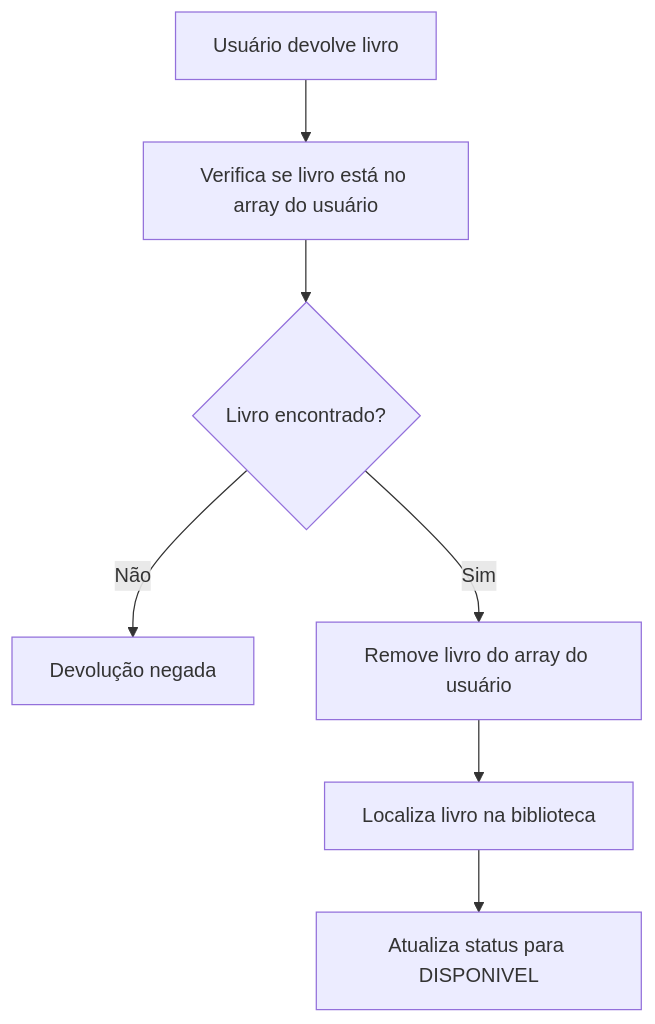
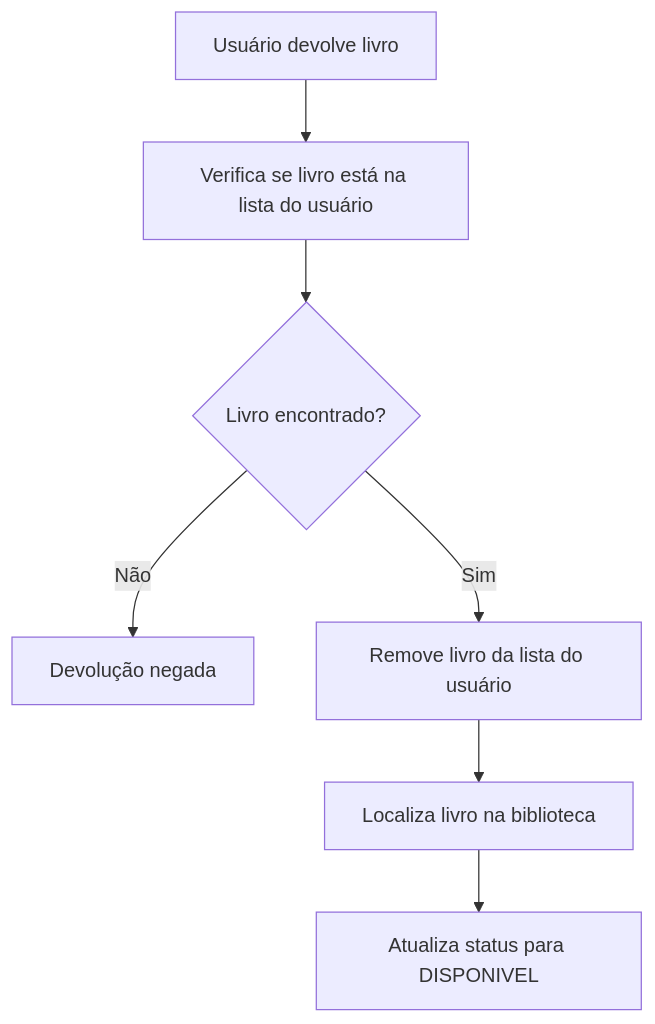
One commit to alevir-dev/library-management-system changed the second of 2 diagrams in README.md. Above: the diagram before and after it, drawn with Mermaid. The commit also changed other lines of this file, not shown here.

````diff
--- a/README.md
+++ b/README.md
@@ -144,10 +144,10 @@
 ```mermaid
 flowchart TD
     A[Usuário devolve livro]
-    --> B[Verifica se livro está no array do usuário]
+    --> B[Verifica se livro está na lista do usuário]
     B --> C{Livro encontrado?}
     C -- Não --> D[Devolução negada]
-    C -- Sim --> E[Remove livro do array do usuário]
+    C -- Sim --> E[Remove livro da lista do usuário]
     E --> F[Localiza livro na biblioteca]
     F --> G[Atualiza status para DISPONIVEL]
 ```
````
